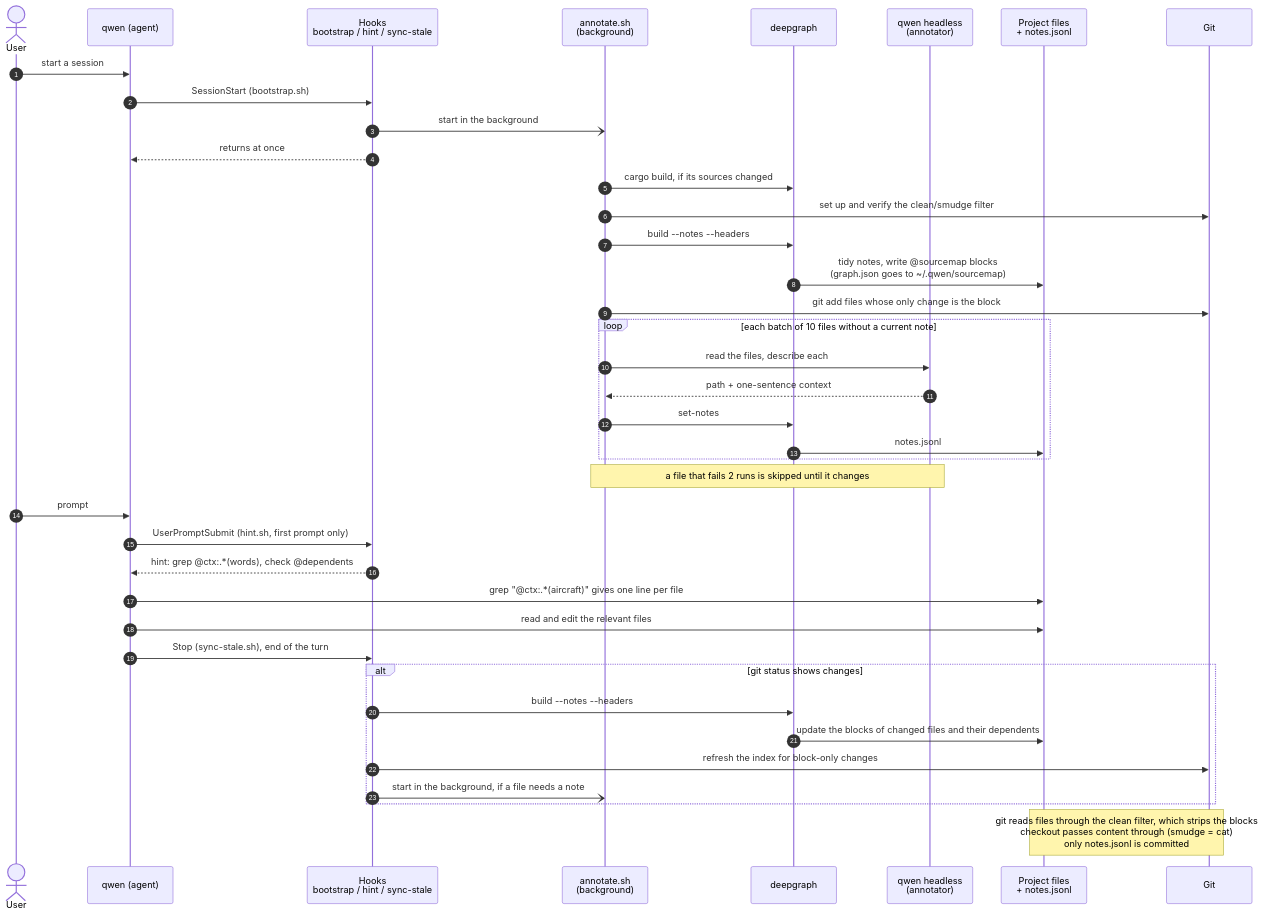
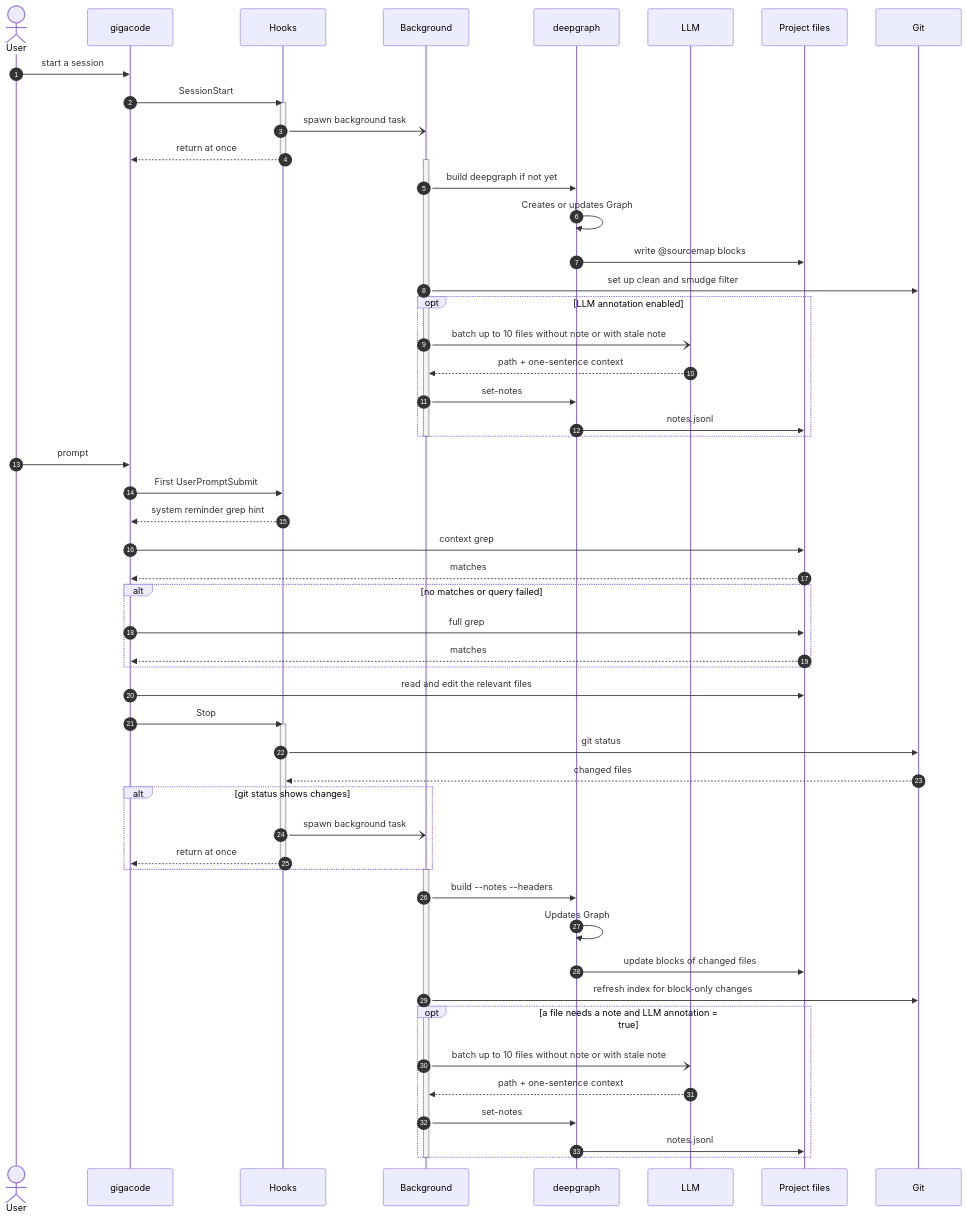
Before and after one commit to nihil-pro/sourcemap-qwen-extension: the diagram in README.md, drawn with Mermaid.

````diff
--- a/README.md
+++ b/README.md
@@ -26,44 +26,68 @@
 ```mermaid
 sequenceDiagram
     autonumber
     actor User
-    participant Agent as qwen (agent)
-    participant Hooks as Hooks<br/>bootstrap / hint / sync-stale
-    participant Annotate as annotate.sh<br/>(background)
+    participant Agent as gigacode
+    participant Hooks as Hooks
+    participant BG as Background
     participant DG as deepgraph
-    participant LLM as qwen headless<br/>(annotator)
-    participant Repo as Project files<br/>+ notes.jsonl
+    participant LLM as LLM
+    participant Repo as Project files
     participant Git
 
     User->>Agent: start a session
-    Agent->>Hooks: SessionStart (bootstrap.sh)
-    Hooks-)Annotate: start in the background
-    Hooks-->>Agent: returns at once
-    Annotate->>DG: cargo build, if its sources changed
-    Annotate->>Git: set up and verify the clean/smudge filter
-    Annotate->>DG: build --notes --headers
-    DG->>Repo: tidy notes, write @sourcemap blocks<br/>(graph.json goes to ~/.qwen/sourcemap)
-    Annotate->>Git: git add files whose only change is the block
-    loop each batch of 10 files without a current note
-        Annotate->>LLM: read the files, describe each
-        LLM-->>Annotate: path + one-sentence context
-        Annotate->>DG: set-notes
+    Agent->>Hooks: SessionStart
+    activate Hooks
+    Hooks-)BG: spawn background task
+    Hooks-->>Agent: return at once
+    deactivate Hooks
+
+    activate BG
+    BG->>DG: build deepgraph if not yet
+    DG->>DG: Creates or updates Graph
+    DG->>Repo: write @sourcemap blocks
+    BG->>Git: set up clean and smudge filter
+
+    opt LLM annotation enabled
+        BG-)LLM: batch up to 10 files without note or with stale note
+        LLM-->>BG: path + one-sentence context
+        BG->>DG: set-notes
         DG->>Repo: notes.jsonl
     end
-    Note over Annotate,LLM: a file that fails 2 runs is skipped until it changes
+    deactivate BG
 
     User->>Agent: prompt
-    Agent->>Hooks: UserPromptSubmit (hint.sh, first prompt only)
-    Hooks-->>Agent: hint: grep @ctx:.*(words), check @dependents
-    Agent->>Repo: grep "@ctx:.*(aircraft)" gives one line per file
+    Agent->>Hooks: First UserPromptSubmit
+    Hooks-->>Agent: system reminder grep hint
+    Agent->>Repo: context grep
+    Repo-->>Agent: matches
+    alt no matches or query failed
+        Agent->>Repo: full grep
+        Repo-->>Agent: matches
+    end
     Agent->>Repo: read and edit the relevant files
-    Agent->>Hooks: Stop (sync-stale.sh), end of the turn
+
+    Agent->>Hooks: Stop
+    activate Hooks
+    Hooks->>Git: git status
+    Git-->>Hooks: changed files
     alt git status shows changes
-        Hooks->>DG: build --notes --headers
-        DG->>Repo: update the blocks of changed files and their dependents
-        Hooks->>Git: refresh the index for block-only changes
-        Hooks-)Annotate: start in the background, if a file needs a note
+        Hooks-)BG: spawn background task
+        Hooks-->>Agent: return at once
     end
+    deactivate Hooks
 
-    Note over Repo,Git: git reads files through the clean filter, which strips the blocks<br/>checkout passes content through (smudge = cat)<br/>only notes.jsonl is committed
+    activate BG
+    BG->>DG: build --notes --headers
+    DG->>DG: Updates Graph
+    DG->>Repo: update blocks of changed files
+    BG->>Git: refresh index for block-only changes
+
+    opt a file needs a note and LLM annotation = true
+        BG-)LLM: batch up to 10 files without note or with stale note
+        LLM-->>BG: path + one-sentence context
+        BG->>DG: set-notes
+        DG->>Repo: notes.jsonl
+    end
+    deactivate BG
 ```
````
